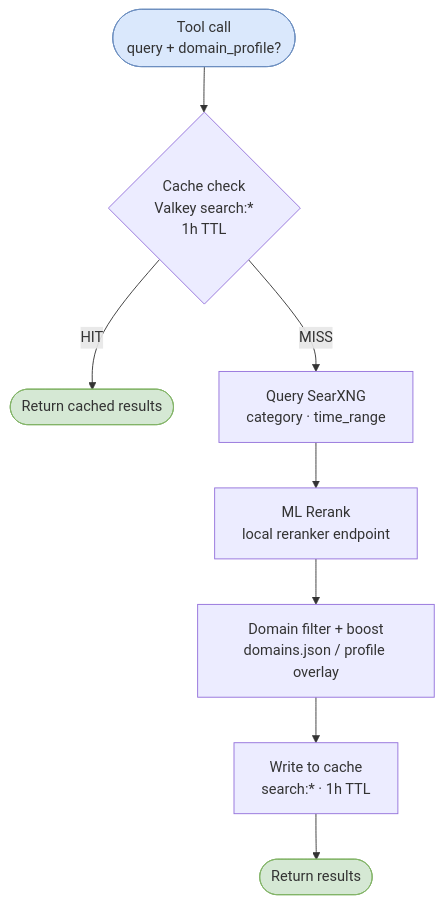
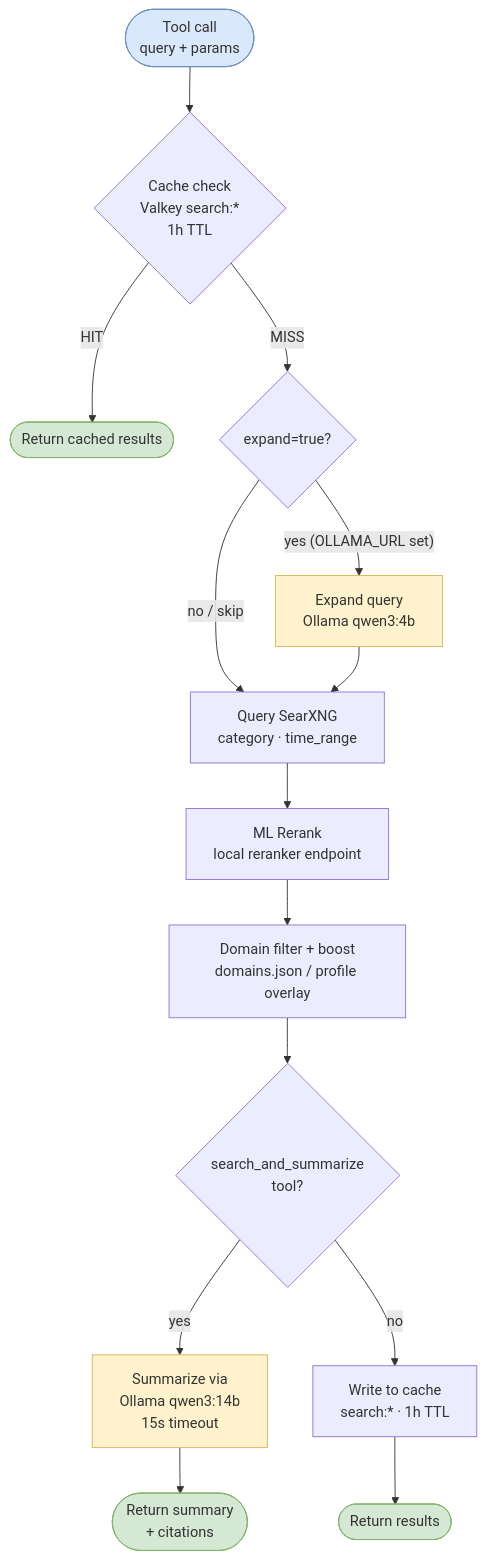
One commit to TadMSTR/homelab-agent changed the diagram in docs/components/searxng-mcp.md. Above: the diagram before and after it, drawn with Mermaid. The commit also changed other lines of this file and 1 other file, not shown here.

First line of the commit message:
docs(searxng-mcp): update to v3.0.0 — expand param and search_and_summarize

````diff
--- a/docs/components/searxng-mcp.md
+++ b/docs/components/searxng-mcp.md
@@ -61,14 +85,23 @@
 ```mermaid
 flowchart TD
-    A(["Tool call\nquery + domain_profile?"]) --> B{"Cache check\nValkey search:*\n1h TTL"}
+    A(["Tool call\nquery + params"]) --> B{"Cache check\nValkey search:*\n1h TTL"}
     B -- "HIT" --> HIT(["Return cached results"])
-    B -- "MISS" --> C["Query SearXNG\ncategory · time_range"]
+    B -- "MISS" --> EX{"expand=true?"}
+    EX -- "yes (OLLAMA_URL set)" --> EXP["Expand query\nOllama qwen3:4b"]
+    EX -- "no / skip" --> C
+    EXP --> C["Query SearXNG\ncategory · time_range"]
     C --> D["ML Rerank\nlocal reranker endpoint"]
     D --> E["Domain filter + boost\ndomains.json / profile overlay"]
-    E --> F["Write to cache\nsearch:* · 1h TTL"]
+    E --> SUM{"search_and_summarize\ntool?"}
+    SUM -- "yes" --> SUMM["Summarize via\nOllama qwen3:14b\n15s timeout"]
+    SUM -- "no" --> F["Write to cache\nsearch:* · 1h TTL"]
+    SUMM --> SDONE(["Return summary\n+ citations"])
     F --> DONE(["Return results"])
 
     style HIT fill:#d5e8d4,stroke:#82b366
     style DONE fill:#d5e8d4,stroke:#82b366
+    style SDONE fill:#d5e8d4,stroke:#82b366
     style A fill:#dae8fc,stroke:#6c8ebf
+    style EXP fill:#fff2cc,stroke:#d6b656
+    style SUMM fill:#fff2cc,stroke:#d6b656
 ```
````
